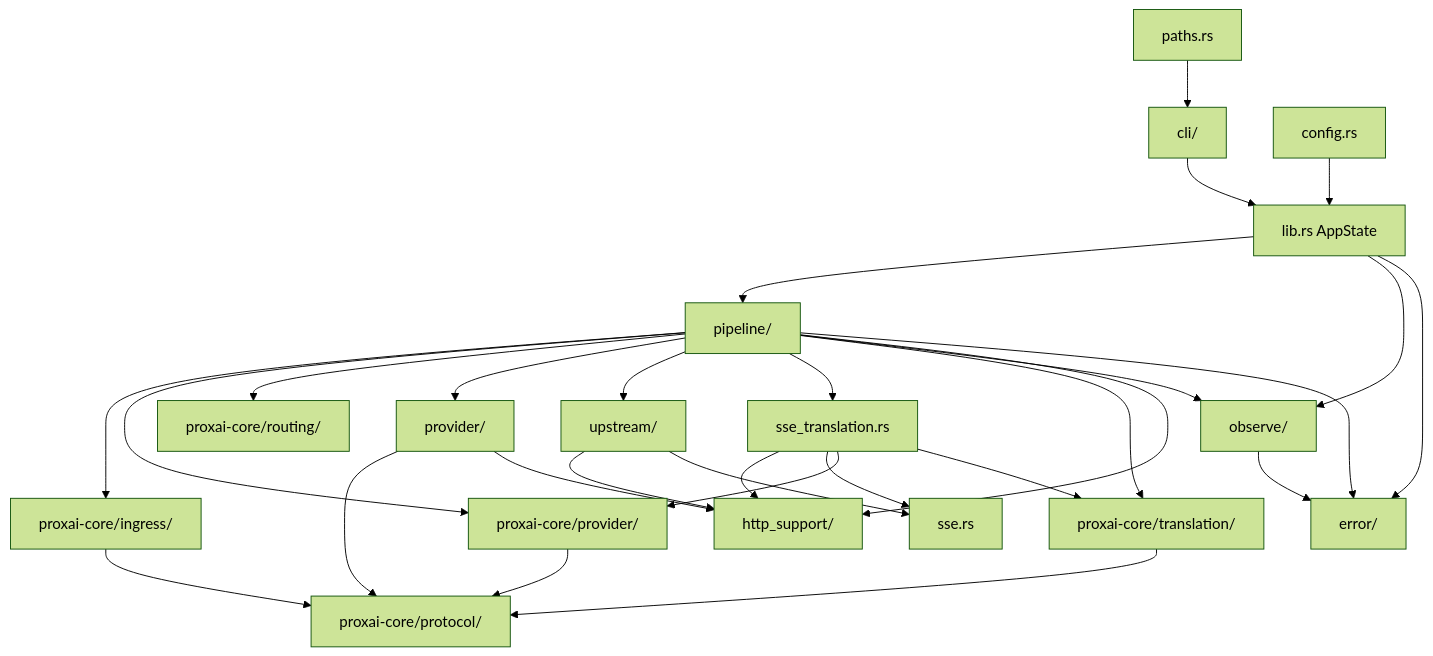
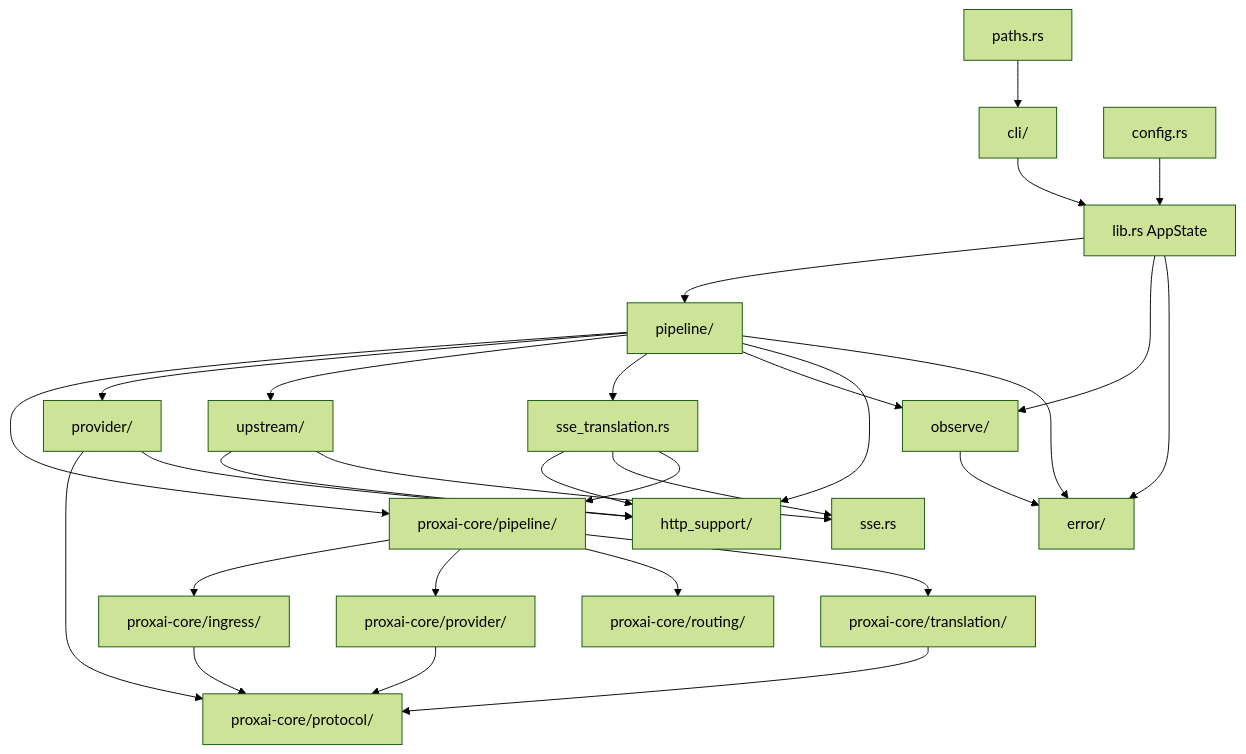
Before and after one commit to VIDLG/proxai: the diagram in site/src/content/docs/developer/architecture/index.mdx, drawn with Mermaid (forest theme). The commit also changed other lines of this file and 50 other files, not shown here.

Commit message:
refactor: extract carrier-independent core pipeline

````diff
--- a/site/src/content/docs/developer/architecture/index.mdx
+++ b/site/src/content/docs/developer/architecture/index.mdx
@@ -234,33 +239,33 @@
 ```mermaid
 flowchart TD
   cli[cli/] --> lib[lib.rs AppState]
   config[config.rs] --> lib
   paths[paths.rs] --> cli
   lib --> pipeline[pipeline/]
 
-  pipeline --> core_ingress[proxai-core/ingress/]
-  pipeline --> core_provider[proxai-core/provider/]
-  pipeline --> routing[proxai-core/routing/]
+  pipeline --> core_pipeline[proxai-core/pipeline/]
+  core_pipeline --> core_ingress[proxai-core/ingress/]
+  core_pipeline --> core_provider[proxai-core/provider/]
+  core_pipeline --> routing[proxai-core/routing/]
   pipeline --> provider[provider/]
   pipeline --> upstream[upstream/]
   pipeline --> sse_translation[sse_translation.rs]
-  pipeline --> translation[proxai-core/translation/]
+  core_pipeline --> translation[proxai-core/translation/]
   pipeline --> observe[observe/]
   pipeline --> http_support[http_support/]
   pipeline --> error[error/]
 
   core_ingress --> protocol[proxai-core/protocol/]
   core_provider --> protocol
   translation --> protocol
   provider --> protocol
   upstream --> http_support
   provider --> http_support
   sse_translation --> http_support
   sse_translation --> sse[sse.rs]
-  sse_translation --> core_provider
-  sse_translation --> translation
+  sse_translation --> core_pipeline
   upstream --> sse
   observe --> error
   lib --> observe
   lib --> error
 ```
````
